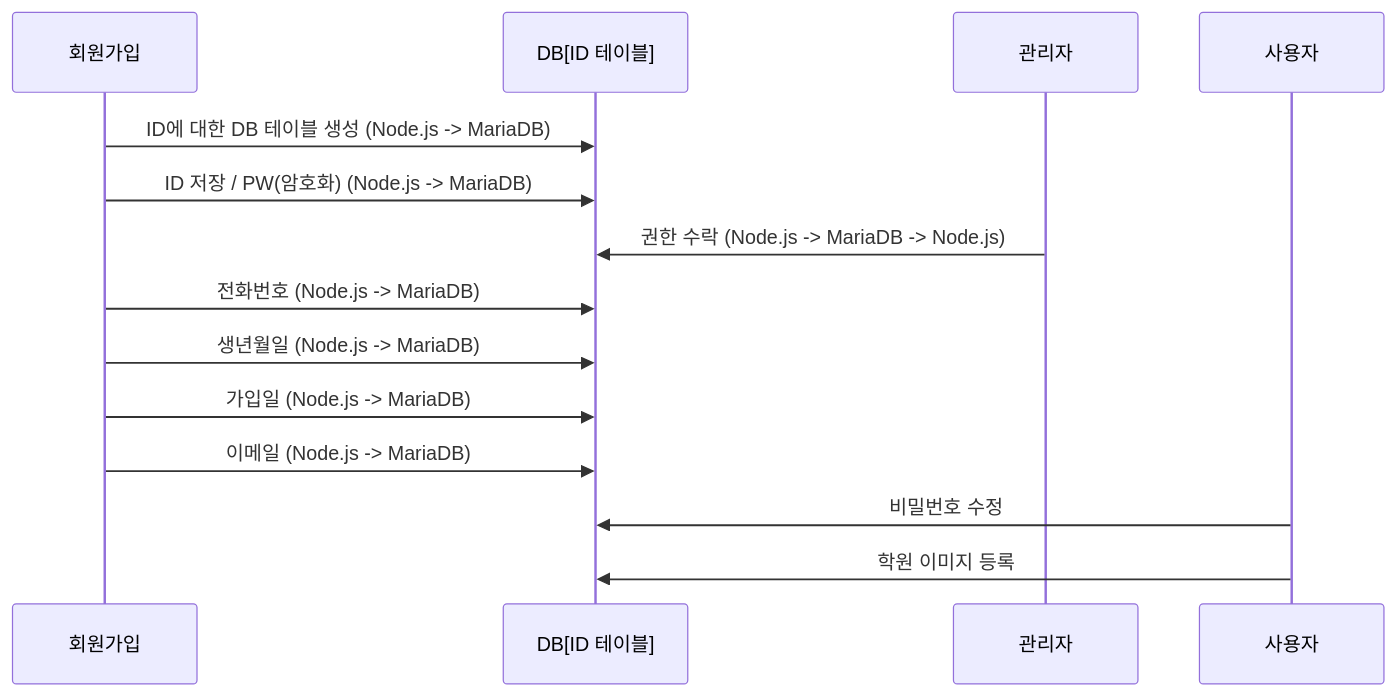
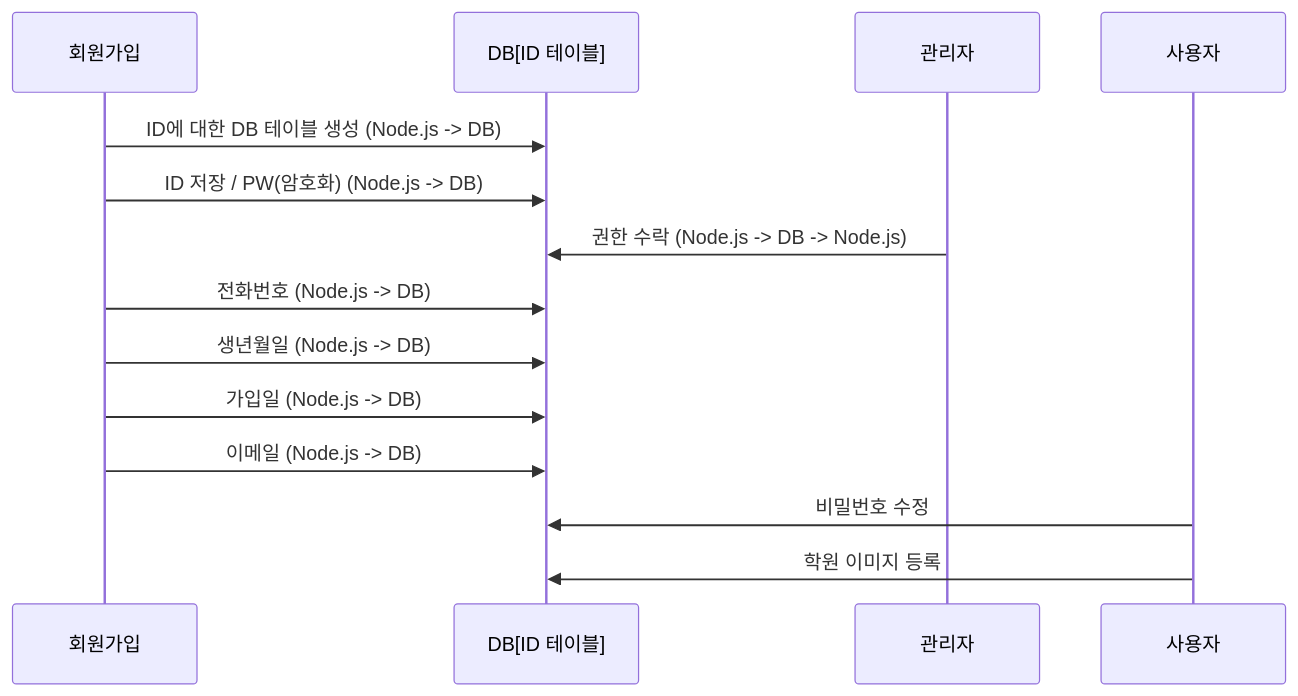
One commit to YongJun-Lee-98/Hangle-test-function-project changed the first of 3 diagrams in README.md. Above: the diagram before and after it, drawn with Mermaid. The commit also changed other lines of this file, not shown here.

````diff
--- a/README.md
+++ b/README.md
@@ -36,13 +36,13 @@
 ```mermaid
 sequenceDiagram
-	회원가입->>DB[ID 테이블]: ID에 대한 DB 테이블 생성 (Node.js -> MariaDB)
-	회원가입->>DB[ID 테이블]: ID 저장 / PW(암호화) (Node.js -> MariaDB)
-	관리자->>DB[ID 테이블]: 권한 수락 (Node.js -> MariaDB -> Node.js)
-	회원가입->>DB[ID 테이블]: 전화번호 (Node.js -> MariaDB)
-	회원가입->>DB[ID 테이블]: 생년월일 (Node.js -> MariaDB)
-	회원가입->>DB[ID 테이블]: 가입일 (Node.js -> MariaDB)
-	회원가입->>DB[ID 테이블]: 이메일 (Node.js -> MariaDB)
+	회원가입->>DB[ID 테이블]: ID에 대한 DB 테이블 생성 (Node.js -> DB)
+	회원가입->>DB[ID 테이블]: ID 저장 / PW(암호화) (Node.js -> DB)
+	관리자->>DB[ID 테이블]: 권한 수락 (Node.js -> DB -> Node.js)
+	회원가입->>DB[ID 테이블]: 전화번호 (Node.js -> DB)
+	회원가입->>DB[ID 테이블]: 생년월일 (Node.js -> DB)
+	회원가입->>DB[ID 테이블]: 가입일 (Node.js -> DB)
+	회원가입->>DB[ID 테이블]: 이메일 (Node.js -> DB)
 	사용자->>DB[ID 테이블]: 비밀번호 수정
 	사용자->>DB[ID 테이블]: 학원 이미지 등록
 	
 ```
````
